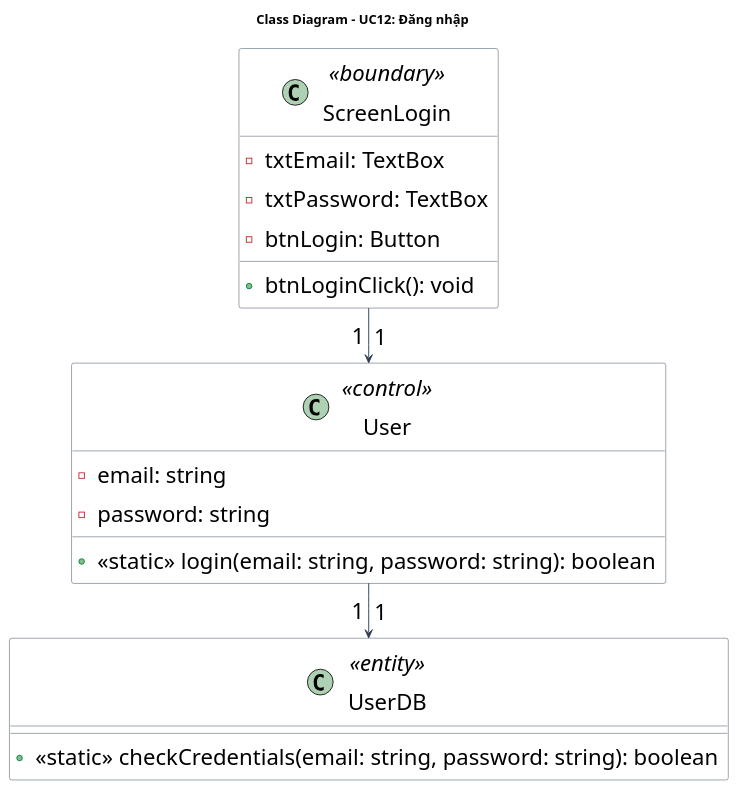
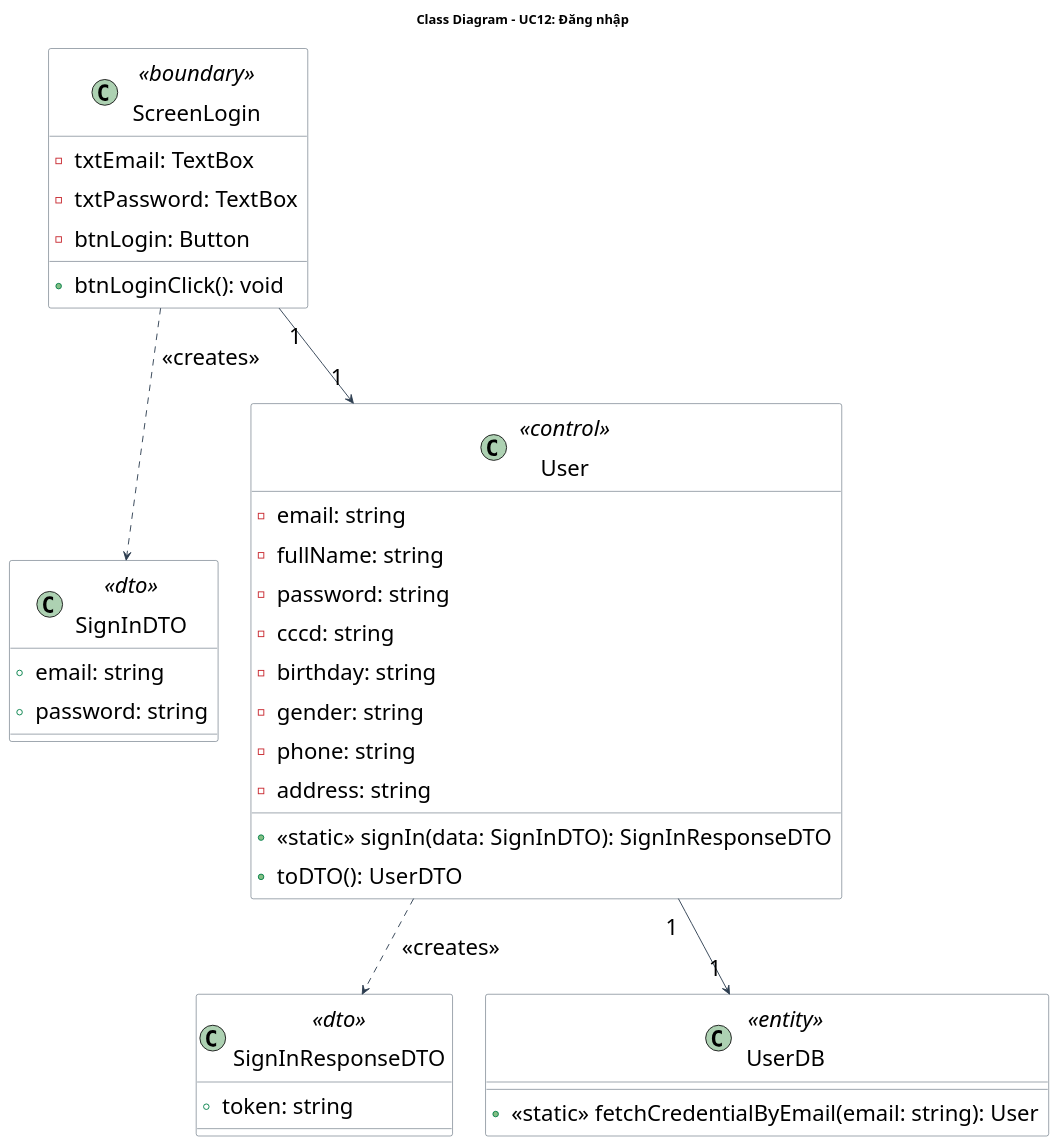
One commit to Gnourt812005/HCMUS-Analyze-and-desgin-IS changed the diagram in doc/system/dang_nhap/DangNhap_ClassDiagram.wsd. Above: the diagram before and after it, drawn with PlantUML. The commit also changed 6 other files, not shown here.

```diff
--- a/doc/system/dang_nhap/DangNhap_ClassDiagram.wsd
+++ b/doc/system/dang_nhap/DangNhap_ClassDiagram.wsd
@@ -1,38 +1,57 @@
 @startuml DangNhap_ClassDiagram
 title Class Diagram - UC12: Đăng nhập
 
 ' --- STYLE CONFIGURATION ---
 skinparam {
     ClassBackgroundColor White
     ClassBorderColor #2D3E50
     ArrowColor #2D3E50
     DefaultFontName "Arial"
     DefaultFontSize 24
     Padding 5
 }
 
 ' --- BOUNDARY LAYER ---
 class "ScreenLogin" as ScreenLogin <<boundary>> {
     - txtEmail: TextBox
     - txtPassword: TextBox
     - btnLogin: Button
     + btnLoginClick(): void
 }
 
+' --- DTO LAYER ---
+class "SignInDTO" as SignInDTO <<dto>> {
+    + email: string
+    + password: string
+}
+
+class "SignInResponseDTO" as SignInResponseDTO <<dto>> {
+    + token: string
+}
+
 ' --- BUSINESS LAYER ---
 class "User" as User <<control>> {
     - email: string
+    - fullName: string
     - password: string
-    + <<static>> login(email: string, password: string): boolean
+    - cccd: string
+    - birthday: string
+    - gender: string
+    - phone: string
+    - address: string
+    + <<static>> signIn(data: SignInDTO): SignInResponseDTO
+    + toDTO(): UserDTO
 }
 
 ' --- DATABASE LAYER ---
 class "UserDB" as UserDB <<entity>> {
-    + <<static>> checkCredentials(email: string, password: string): boolean
+    + <<static>> fetchCredentialByEmail(email: string): User
 }
 
 ' --- RELATIONSHIPS ---
+ScreenLogin ..> SignInDTO : <<creates>>
 ScreenLogin "1" --> "1" User
+User ..> SignInResponseDTO : <<creates>>
 User "1" --> "1" UserDB
 
 @enduml
```
